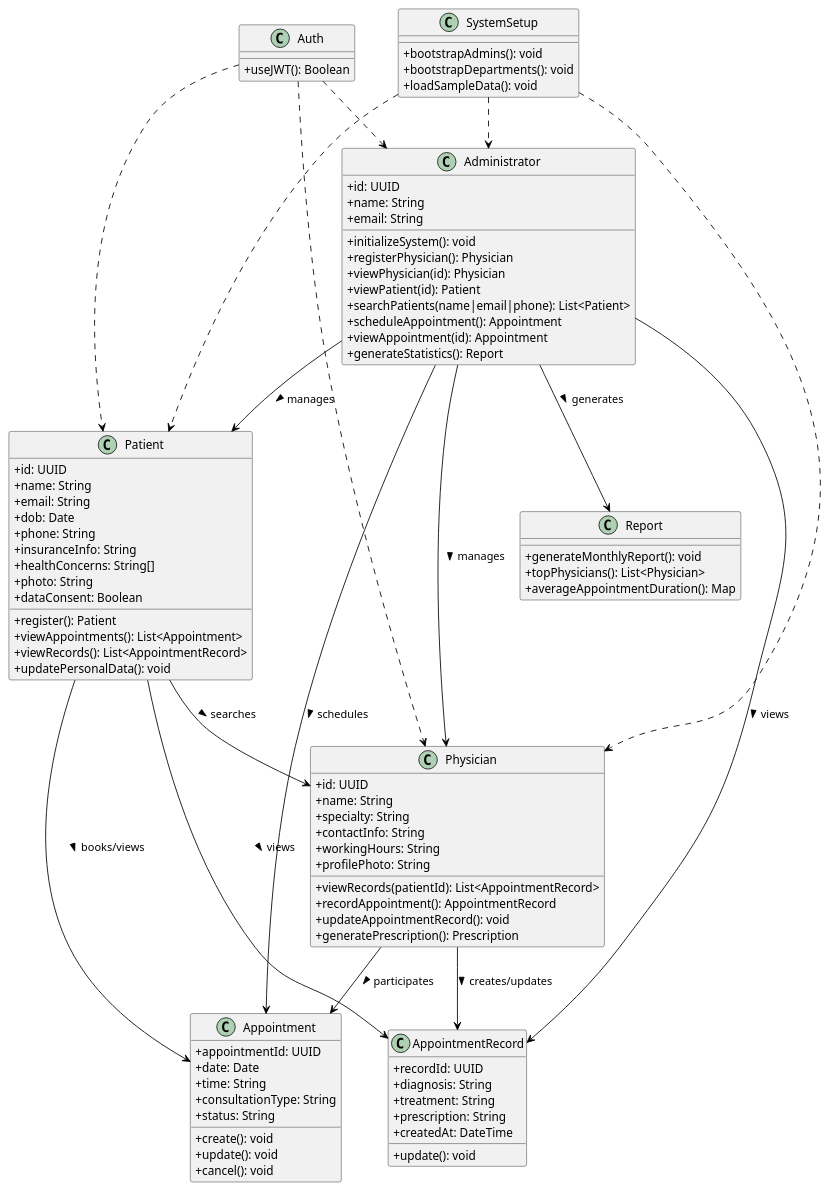
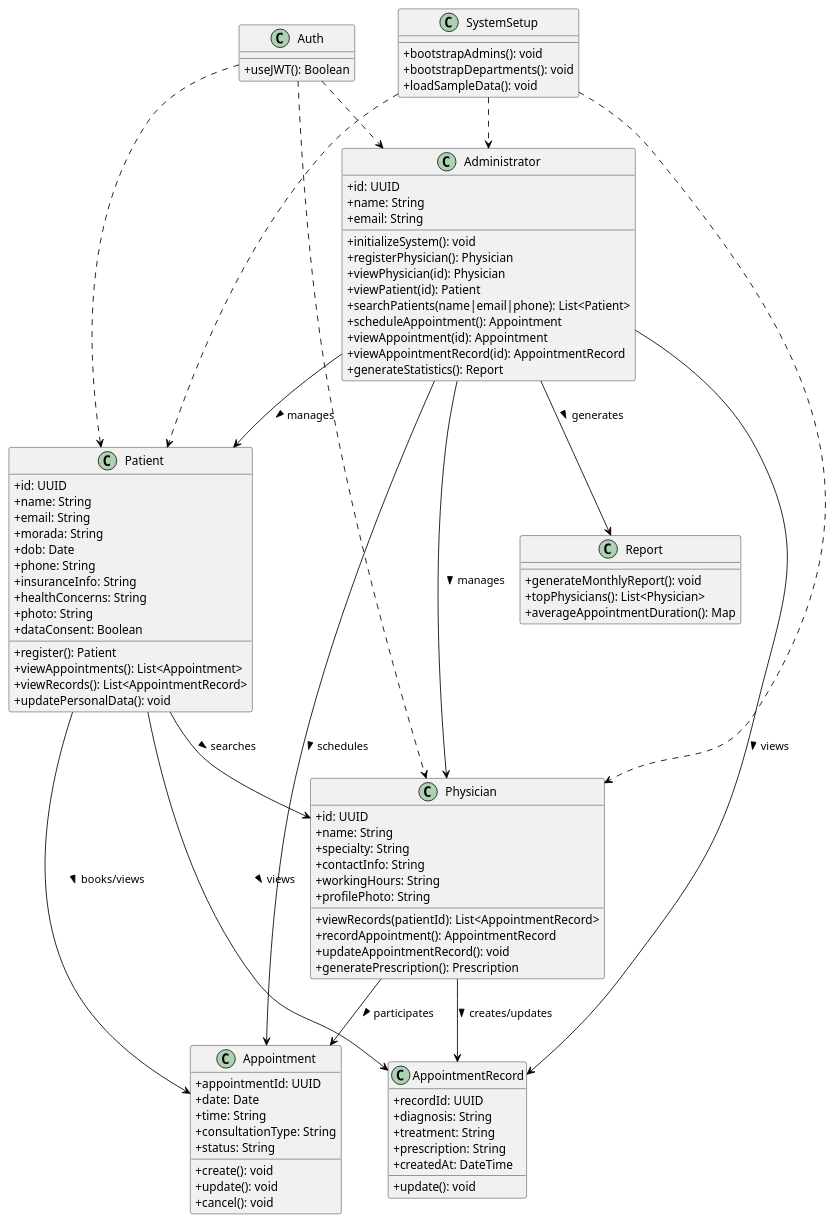
One commit to luluisfcm/psoft_1221432_1231479_1222100 changed the diagram in Docs/domain-model.puml. Above: the diagram before and after it, drawn with PlantUML.

Commit message:
modelo dominio final

```diff
--- a/Docs/domain-model.puml
+++ b/Docs/domain-model.puml
@@ -1,107 +1,109 @@
 @startuml
 ' Configurações visuais
 skinparam classAttributeIconSize 0
 skinparam classFontSize 14
 skinparam ArrowColor Black
 
 ' Classes principais
 class Administrator {
   +id: UUID
   +name: String
   +email: String
   +initializeSystem(): void
   +registerPhysician(): Physician
   +viewPhysician(id): Physician
   +viewPatient(id): Patient
   +searchPatients(name|email|phone): List<Patient>
   +scheduleAppointment(): Appointment
   +viewAppointment(id): Appointment
+  +viewAppointmentRecord(id): AppointmentRecord
   +generateStatistics(): Report
 }
 
 class Physician {
   +id: UUID
   +name: String
   +specialty: String
   +contactInfo: String
   +workingHours: String
   +profilePhoto: String
   +viewRecords(patientId): List<AppointmentRecord>
   +recordAppointment(): AppointmentRecord
   +updateAppointmentRecord(): void
   +generatePrescription(): Prescription
 }
 
 class Patient {
   +id: UUID
   +name: String
   +email: String
+  +morada: String
   +dob: Date
   +phone: String
   +insuranceInfo: String
-  +healthConcerns: String[]
+  +healthConcerns: String
   +photo: String
   +dataConsent: Boolean
   +register(): Patient
   +viewAppointments(): List<Appointment>
   +viewRecords(): List<AppointmentRecord>
   +updatePersonalData(): void
 }
 
 class Appointment {
   +appointmentId: UUID
   +date: Date
   +time: String
   +consultationType: String
   +status: String
   +create(): void
   +update(): void
   +cancel(): void
 }
 
 class AppointmentRecord {
   +recordId: UUID
   +diagnosis: String
   +treatment: String
   +prescription: String
   +createdAt: DateTime
   +update(): void
 }
 
 class Report {
   +generateMonthlyReport(): void
   +topPhysicians(): List<Physician>
   +averageAppointmentDuration(): Map
 }
 
 class SystemSetup {
   +bootstrapAdmins(): void
   +bootstrapDepartments(): void
   +loadSampleData(): void
 }
 
 class Auth {
   +useJWT(): Boolean
 }
 
 ' Relacionamentos
 Administrator --> Physician : manages >
 Administrator --> Patient : manages >
 Administrator --> Appointment : schedules >
 Administrator --> AppointmentRecord : views >
 Administrator --> Report : generates >
 Physician --> AppointmentRecord : creates/updates >
 Physician --> Appointment : participates >
 Patient --> Appointment : books/views >
 Patient --> AppointmentRecord : views >
 Patient --> Physician : searches >
 
 SystemSetup ..> Administrator
 SystemSetup ..> Physician
 SystemSetup ..> Patient
 
 Auth ..> Administrator
 Auth ..> Physician
 Auth ..> Patient
 
 @enduml
```
